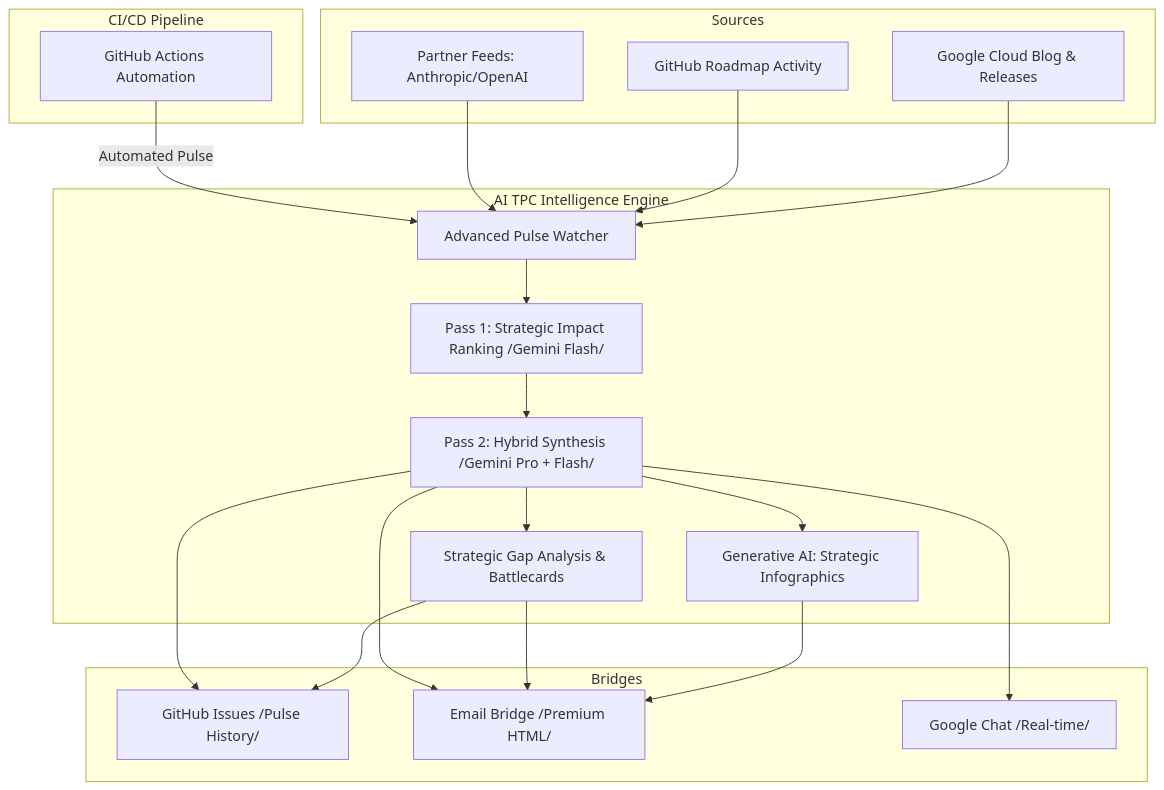
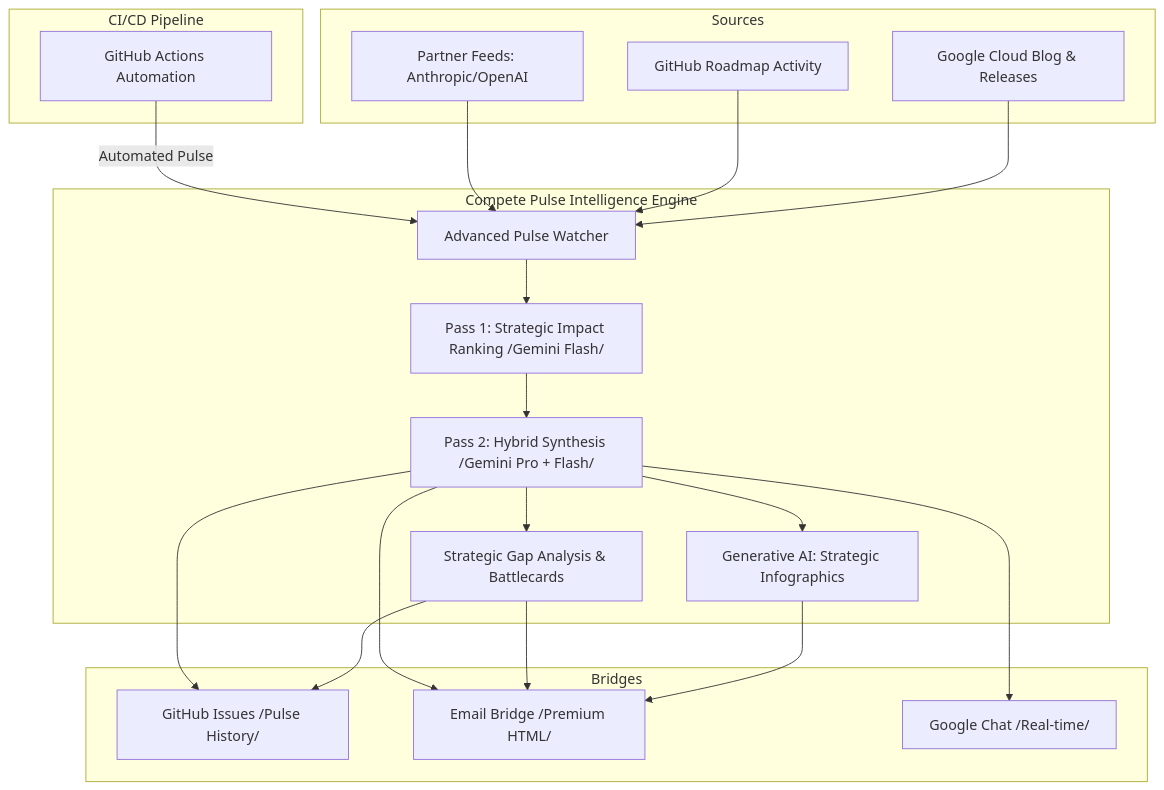
One commit to enriquekalven/compete-pulse changed the diagram in README.md. Above: the diagram before and after it, drawn with Mermaid. The commit also changed other lines of this file and 45 other files, not shown here.

Commit message:
Rebrand: Rename TPC Pulse to Compete Pulse across codebase and documentation

````diff
--- a/README.md
+++ b/README.md
@@ -8,44 +8,44 @@
 ```mermaid
 graph TD
     subgraph Sources
         GC[Google Cloud Blog & Releases]
         GH[GitHub Roadmap Activity]
         PA[Partner Feeds: Anthropic/OpenAI]
     end
 
-    subgraph "AI TPC Intelligence Engine"
+    subgraph "Compete Pulse Intelligence Engine"
         W[Advanced Pulse Watcher]
         R[Pass 1: Strategic Impact Ranking /Gemini Flash/]
         A[Pass 2: Hybrid Synthesis /Gemini Pro + Flash/]
         IG[Generative AI: Strategic Infographics]
         GA[Strategic Gap Analysis & Battlecards]
         
         W --> R
         R --> A
         A --> IG
         A --> GA
     end
 
     subgraph Bridges
         GI[GitHub Issues /Pulse History/]
         EM[Email Bridge /Premium HTML/]
         GChat[Google Chat /Real-time/]
     end
 
     GC --> W
     GH --> W
     PA --> W
     
     IG --> EM
     GA --> EM
     GA --> GI
     
     A --> GI
     A --> EM
     A --> GChat
     
     subgraph "CI/CD Pipeline"
         GAP[GitHub Actions Automation]
         GAP --> |Automated Pulse| W
     end
 ```
````
